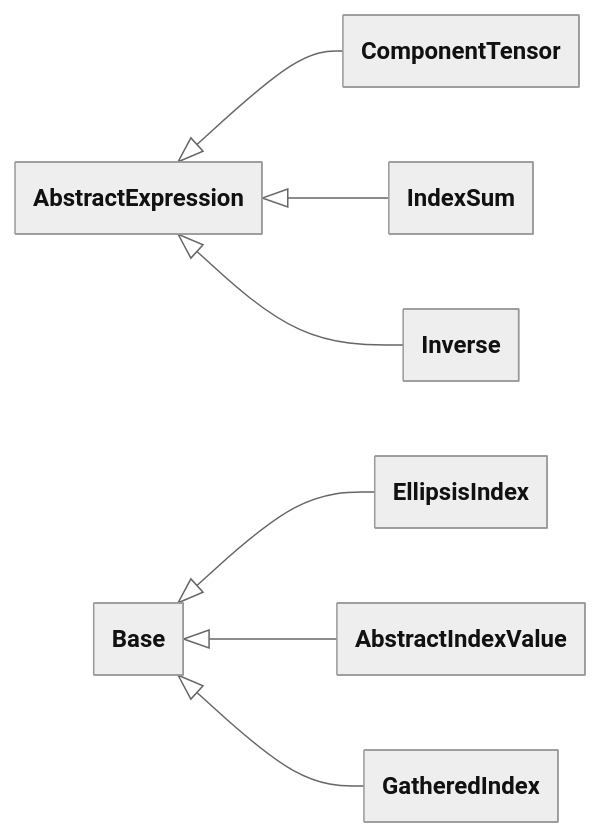
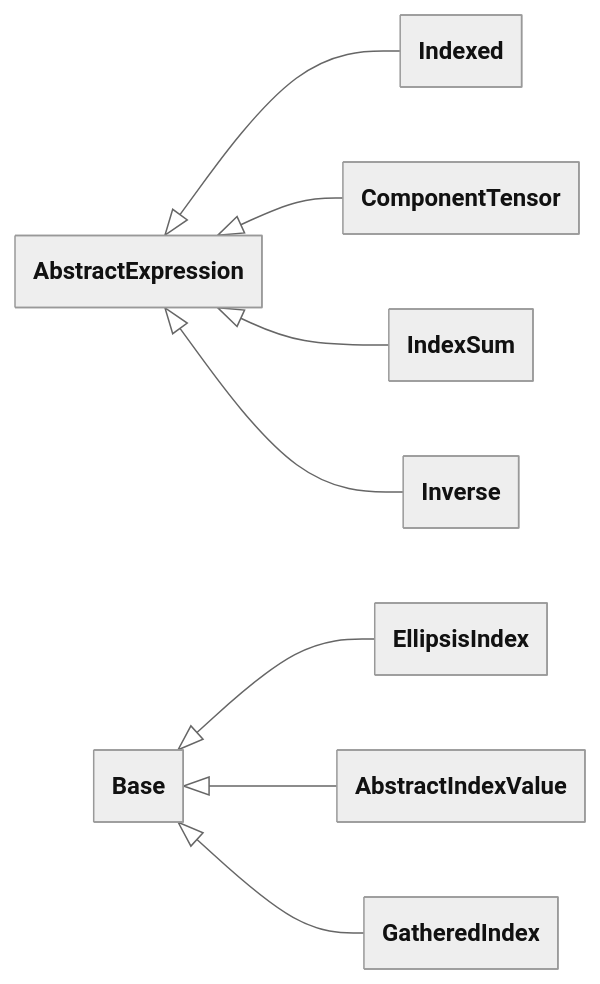
The fifth of 12 diagrams in design/language.md (FEniCS/uflx), drawn with Mermaid before and after one commit. The commit also changed other lines of this file and 1 other file, not shown here.

````diff
--- a/design/language.md
+++ b/design/language.md
@@ -4099,20 +4181,21 @@
 ```mermaid
 ---
 config:
   theme: neutral
   look: classic
   class:
     theme: neutral
     look: classic
     hideEmptyMembersBox: true
 ---
 classDiagram
     direction LR
     accTitle: Algebra class hierarchy (3 of 3)
+    AbstractExpression <|-- Indexed
     AbstractExpression <|-- ComponentTensor
     AbstractExpression <|-- IndexSum
     Base <|-- EllipsisIndex
     Base <|-- AbstractIndexValue
     Base <|-- GatheredIndex
     AbstractExpression <|-- Inverse
 ```
````
